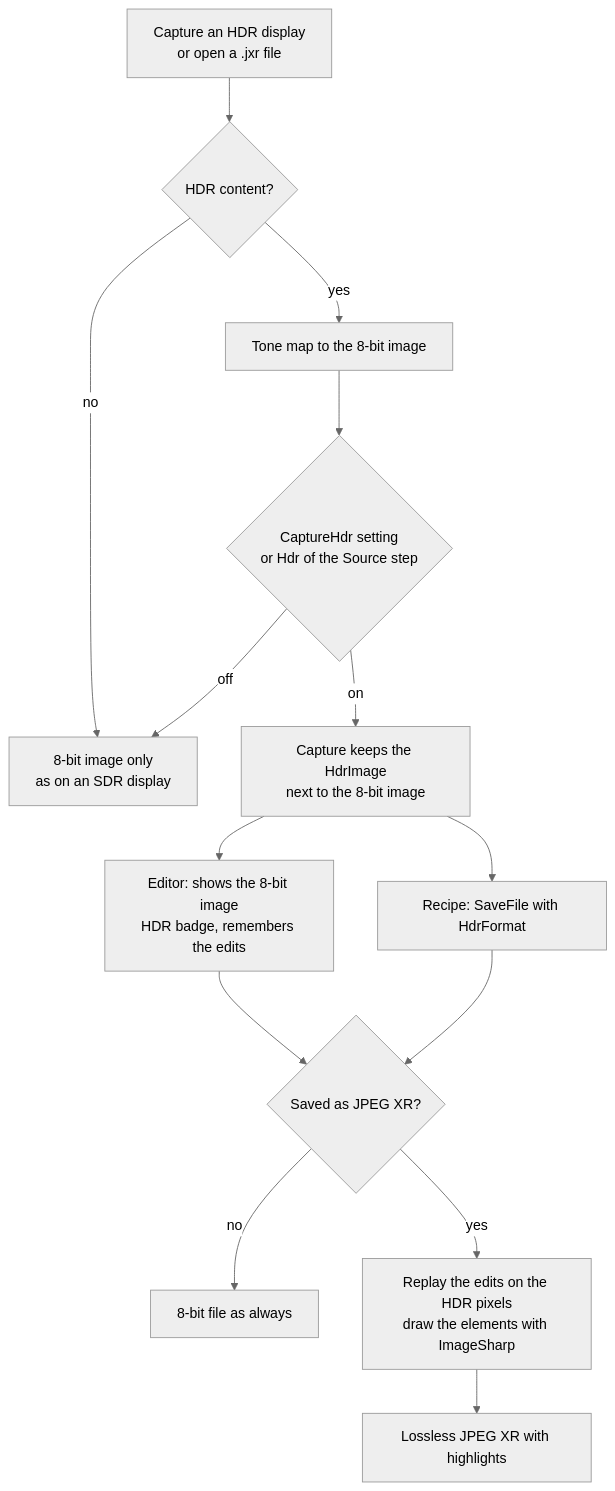
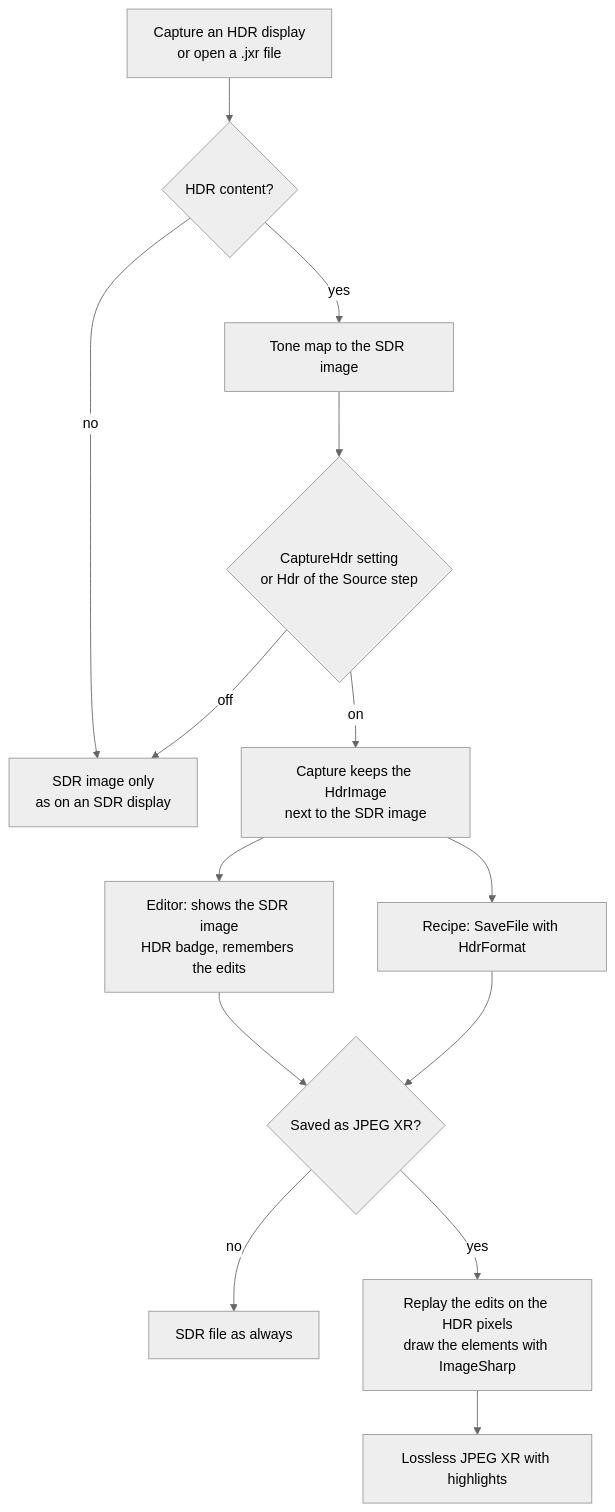
One commit to greenshot/greenshot changed the first of 3 diagrams in docs/vNext/hdr.md. Above: the diagram before and after it, drawn with Mermaid (neutral theme). The commit also changed other lines of this file and 1 other file, not shown here.

First line of the commit message:
Explain SDR and HDR before the details, say SDR image instead of 8-bit image

````diff
--- a/docs/vNext/hdr.md
+++ b/docs/vNext/hdr.md
@@ -22,16 +41,16 @@
 ```mermaid
 flowchart TD
     A[Capture an HDR display<br/>or open a .jxr file] --> B{HDR content?}
-    B -- no --> S[8-bit image only<br/>as on an SDR display]
-    B -- yes --> C[Tone map to the 8-bit image]
+    B -- no --> S[SDR image only<br/>as on an SDR display]
+    B -- yes --> C[Tone map to the SDR image]
     C --> D{CaptureHdr setting<br/>or Hdr of the Source step}
     D -- off --> S
-    D -- on --> E[Capture keeps the HdrImage<br/>next to the 8-bit image]
-    E --> F[Editor: shows the 8-bit image<br/>HDR badge, remembers the edits]
+    D -- on --> E[Capture keeps the HdrImage<br/>next to the SDR image]
+    E --> F[Editor: shows the SDR image<br/>HDR badge, remembers the edits]
     E --> G[Recipe: SaveFile with HdrFormat]
     F --> H{Saved as JPEG XR?}
     G --> H
-    H -- no --> I[8-bit file as always]
+    H -- no --> I[SDR file as always]
     H -- yes --> J[Replay the edits on the HDR pixels<br/>draw the elements with ImageSharp]
     J --> K[Lossless JPEG XR with highlights]
 ```
````
